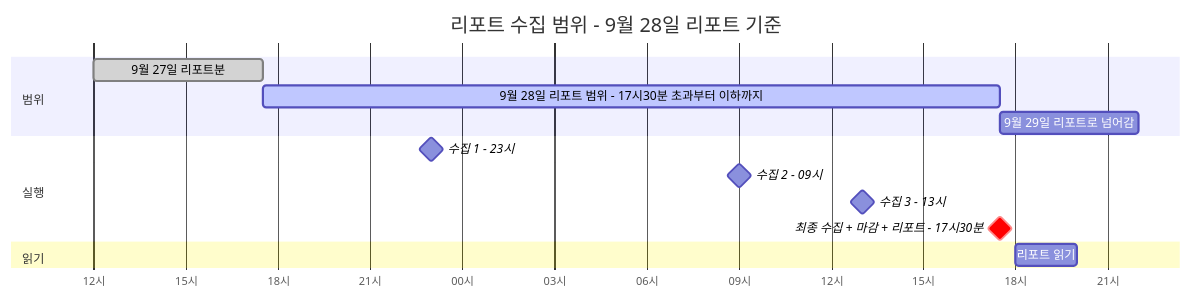
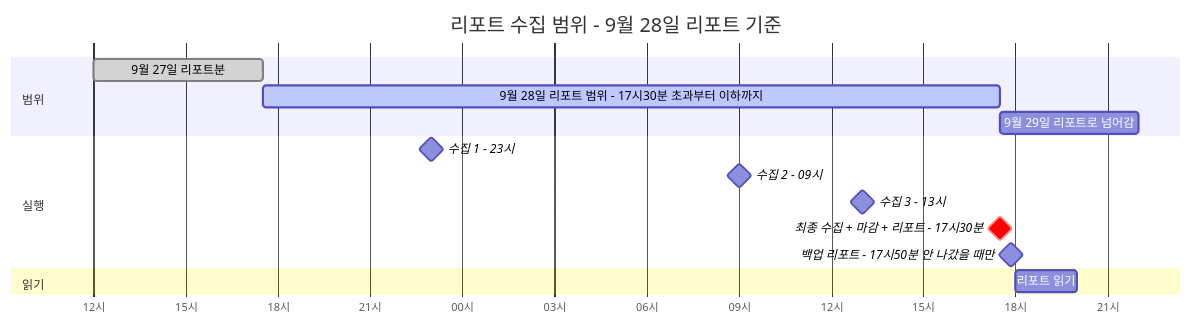
Before and after one commit to jomin4/pi-geeknews_digest: the first of 2 diagrams in docs/02-schedule-and-range.md, drawn with Mermaid. The commit also changed other lines of this file and 8 other files, not shown here.

````diff
--- a/docs/02-schedule-and-range.md
+++ b/docs/02-schedule-and-range.md
@@ -19,17 +20,18 @@
 ```mermaid
 gantt
   title 리포트 수집 범위 - 9월 28일 리포트 기준
   dateFormat YYYY-MM-DD HH:mm
   axisFormat %H시
   section 범위
   9월 27일 리포트분 :done, prev, 2026-09-27 12:00, 2026-09-27 17:30
   9월 28일 리포트 범위 - 17시30분 초과부터 이하까지 :active, win, 2026-09-27 17:30, 2026-09-28 17:30
   9월 29일 리포트로 넘어감 :next, 2026-09-28 17:30, 2026-09-28 22:00
   section 실행
   수집 1 - 23시 :milestone, c1, 2026-09-27 23:00, 0m
   수집 2 - 09시 :milestone, c2, 2026-09-28 09:00, 0m
   수집 3 - 13시 :milestone, c3, 2026-09-28 13:00, 0m
   최종 수집 + 마감 + 리포트 - 17시30분 :crit, milestone, c4, 2026-09-28 17:30, 0m
+  백업 리포트 - 17시50분 안 나갔을 때만 :milestone, c5, 2026-09-28 17:50, 0m
   section 읽기
   리포트 읽기 :read, 2026-09-28 18:00, 2026-09-28 20:00
 ```
````
